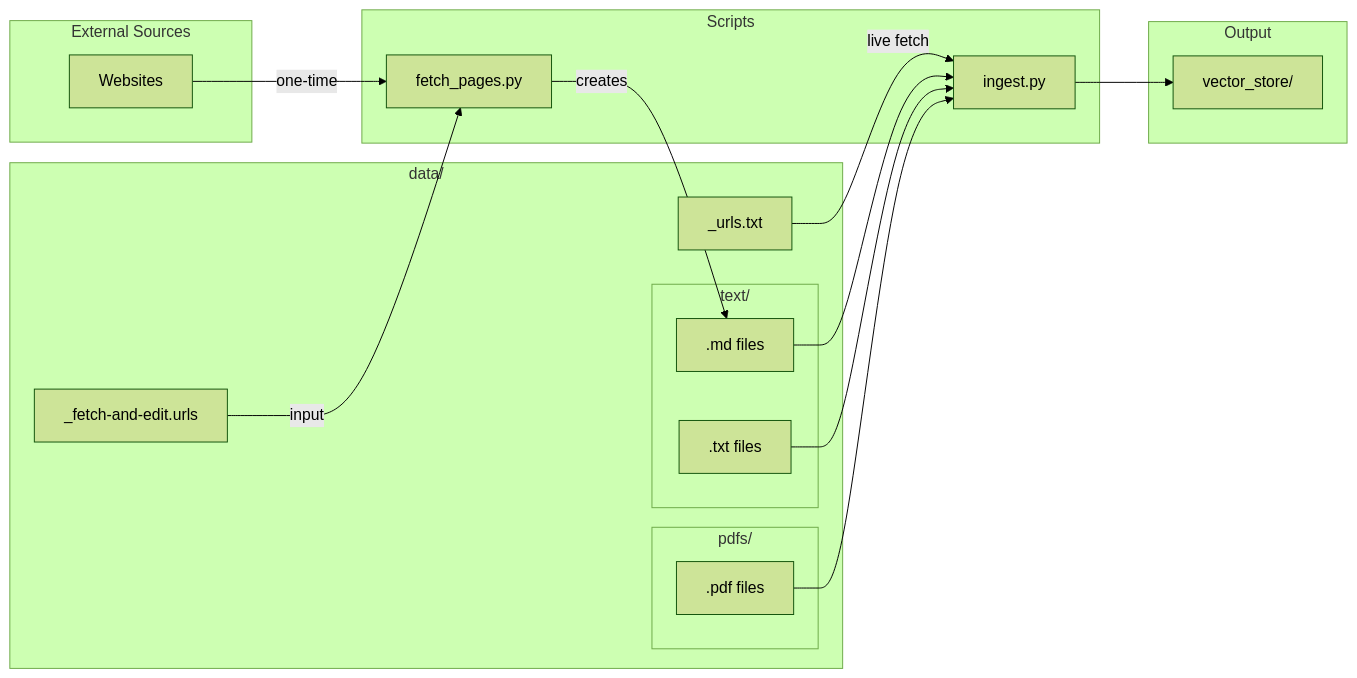
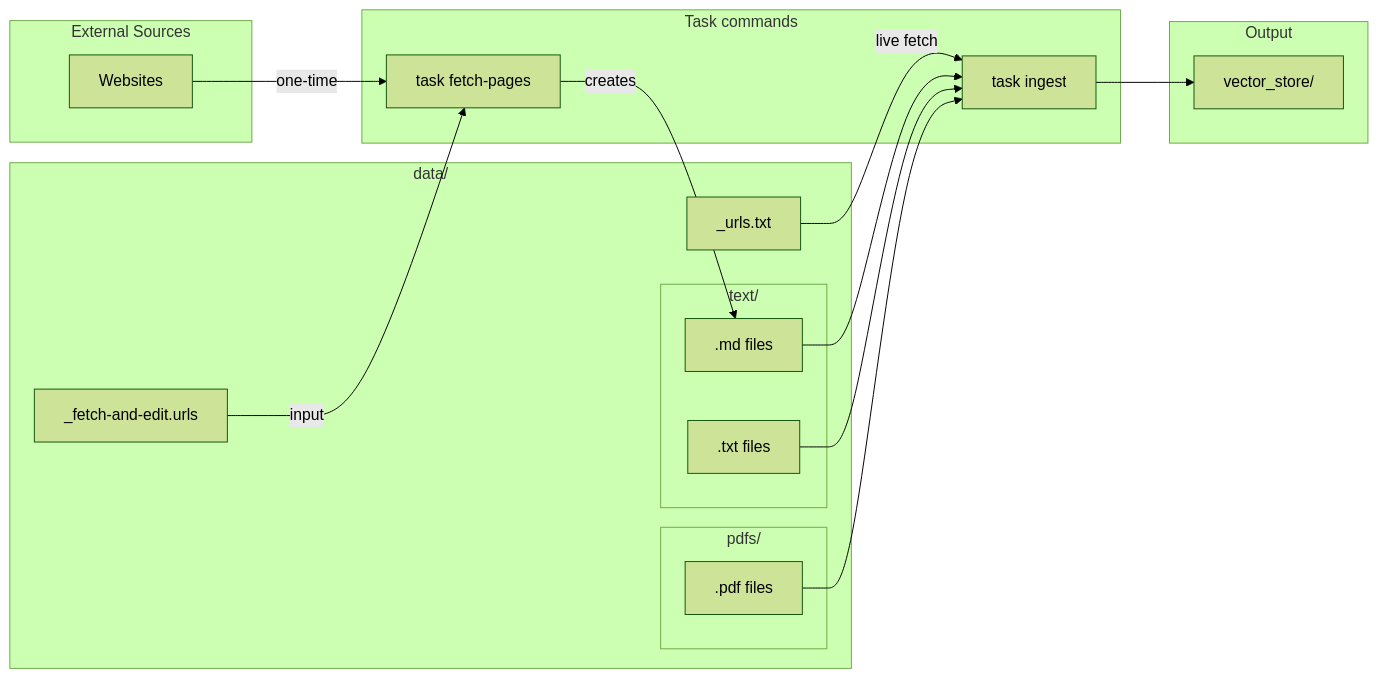
The diagram in README-ingest.md (bkayser/OSROAgent), drawn with Mermaid (forest theme) before and after one commit. The commit also changed other lines of this file and 12 other files, not shown here.

First line of the commit message:
Refactor ingestion and fetch scripts to improve usability and streamline operations

````diff
--- a/README-ingest.md
+++ b/README-ingest.md
@@ -34,37 +34,37 @@
 ```mermaid
 flowchart LR
     subgraph sources [External Sources]
         web[Websites]
     end
 
     subgraph datadir [data/]
         urls["_urls.txt"]
         fetchurls["_fetch-and-edit.urls"]
         subgraph text [text/]
             md[".md files"]
             txt[".txt files"]
         end
         subgraph pdfs [pdfs/]
             pdf[".pdf files"]
         end
     end
 
-    subgraph tools [Scripts]
-        fetch["fetch_pages.py"]
-        ingest["ingest.py"]
+    subgraph tools [Task commands]
+        fetch["task fetch-pages"]
+        ingest["task ingest"]
     end
 
     subgraph output [Output]
         vs["vector_store/"]
     end
 
     web -->|one-time| fetch
     fetchurls -->|input| fetch
     fetch -->|creates| md
 
     urls -->|live fetch| ingest
     md --> ingest
     txt --> ingest
     pdf --> ingest
     ingest --> vs
 ```
````
